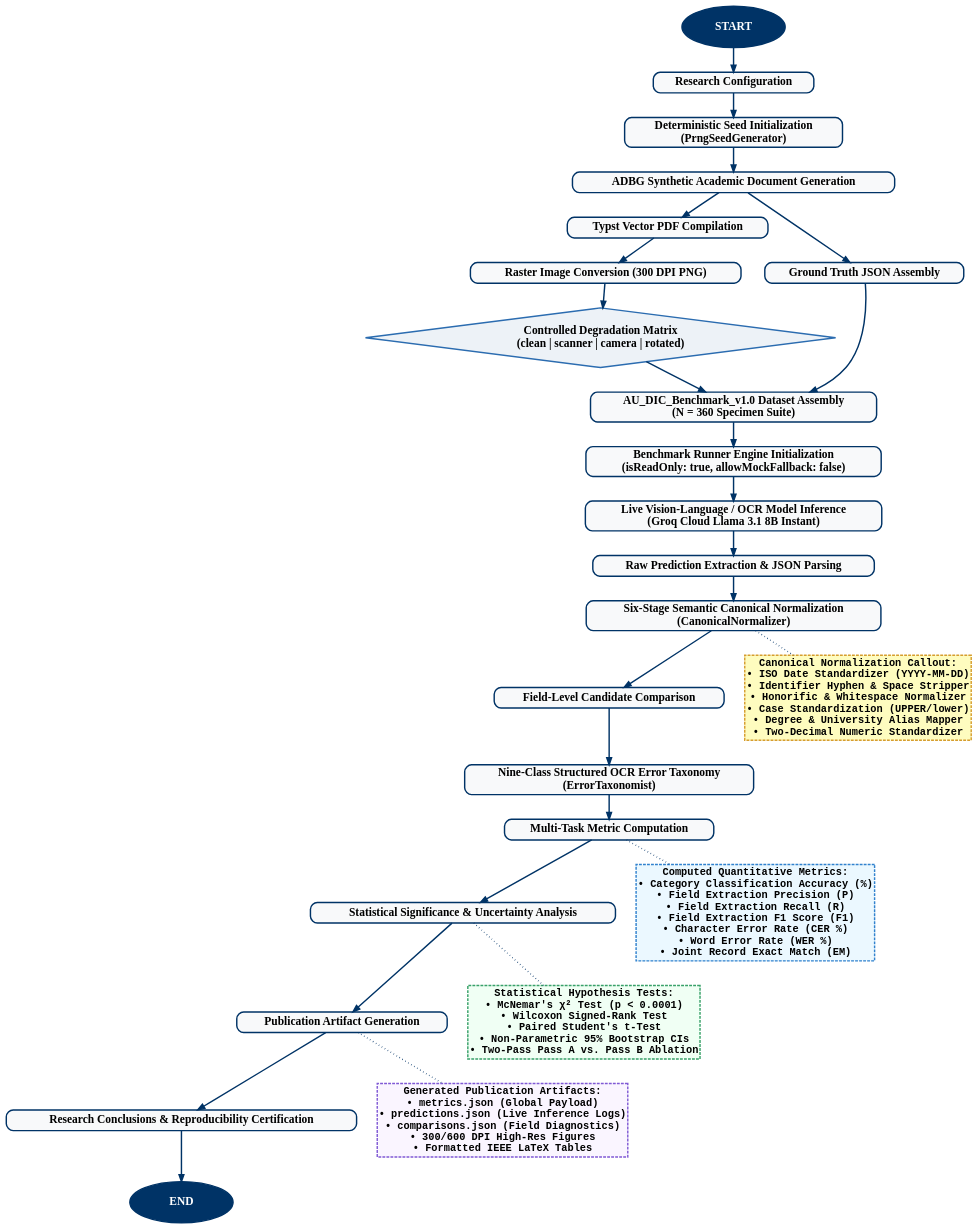
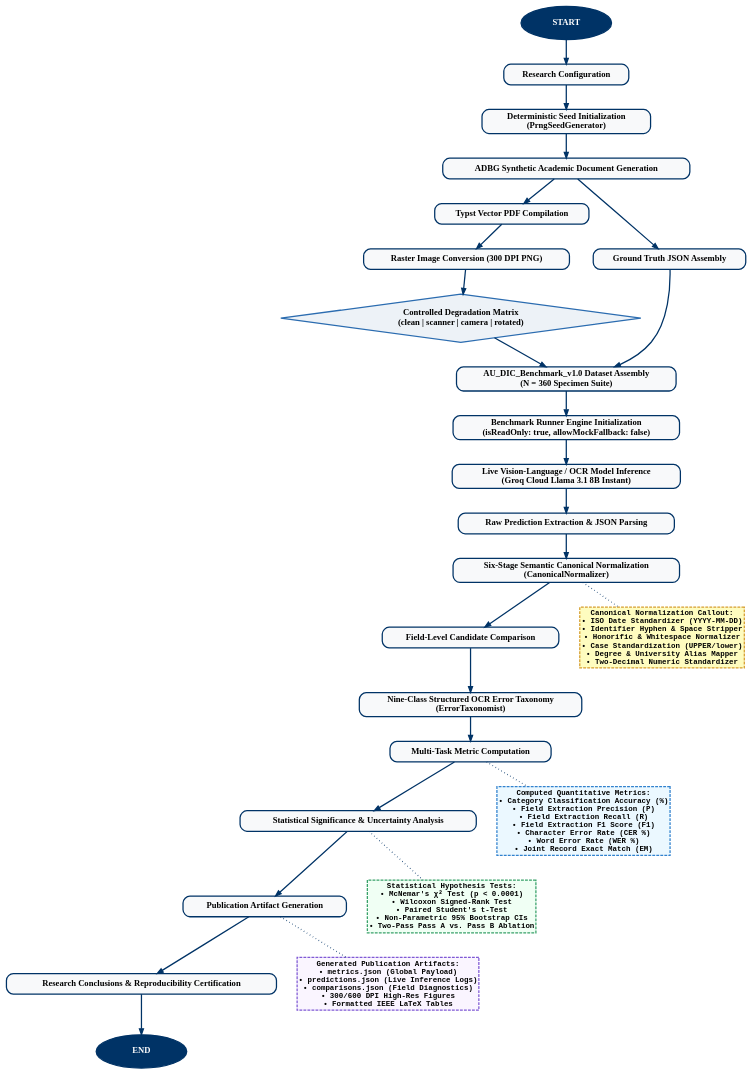
One commit to aashishrajput9838/academicuniverse changed the diagram in methodology_workflow.dot. Above: the diagram before and after it, drawn with Graphviz. The commit also changed 7 other files, not shown here.

First line of the commit message:
style(figure2): Fine-tune Figure 2 text sizes by reducing -5 points for proportional publication balance

```diff
--- a/methodology_workflow.dot
+++ b/methodology_workflow.dot
@@ -1,44 +1,44 @@
 digraph G {
-    graph [rankdir=TB, nodesep=0.5, ranksep=0.6, fontname="Times-Bold", fontsize=22, compound=true];
-    node [shape=box, style="rounded,filled", fillcolor="#F8F9FA", color="#003366", penwidth=2.5, fontname="Times-Bold", fontsize=20];
-    edge [color="#003366", penwidth=2.5, arrowsize=1.2];
+    graph [rankdir=TB, nodesep=0.5, ranksep=0.6, fontname="Times-Bold", fontsize=17, compound=true];
+    node [shape=box, style="rounded,filled", fillcolor="#F8F9FA", color="#003366", penwidth=2.2, fontname="Times-Bold", fontsize=15];
+    edge [color="#003366", penwidth=2.2, arrowsize=1.0];
 
-    start [label="START", shape=oval, fillcolor="#003366", fontcolor="#FFFFFF", style=filled, width=2.5, height=1.0];
-    end [label="END", shape=oval, fillcolor="#003366", fontcolor="#FFFFFF", style=filled, width=2.5, height=1.0];
+    start [label="START", shape=oval, fillcolor="#003366", fontcolor="#FFFFFF", style=filled, width=2.2, height=0.8];
+    end [label="END", shape=oval, fillcolor="#003366", fontcolor="#FFFFFF", style=filled, width=2.2, height=0.8];
 
     config [label="Research Configuration"];
     seed [label="Deterministic Seed Initialization\n(PrngSeedGenerator)"];
     adbg [label="ADBG Synthetic Academic Document Generation"];
     typst [label="Typst Vector PDF Compilation"];
     gt_json [label="Ground Truth JSON Assembly"];
     raster [label="Raster Image Conversion (300 DPI PNG)"];
     degradation [label="Controlled Degradation Matrix\n(clean | scanner | camera | rotated)", shape=diamond, style=filled, fillcolor="#EDF2F7", color="#2B6CB0"];
     dataset [label="AU_DIC_Benchmark_v1.0 Dataset Assembly\n(N = 360 Specimen Suite)"];
     runner [label="Benchmark Runner Engine Initialization\n(isReadOnly: true, allowMockFallback: false)"];
     inference [label="Live Vision-Language / OCR Model Inference\n(Groq Cloud Llama 3.1 8B Instant)"];
     prediction [label="Raw Prediction Extraction & JSON Parsing"];
     normalizer [label="Six-Stage Semantic Canonical Normalization\n(CanonicalNormalizer)"];
     comparator [label="Field-Level Candidate Comparison"];
     taxonomy [label="Nine-Class Structured OCR Error Taxonomy\n(ErrorTaxonomist)"];
     metrics [label="Multi-Task Metric Computation"];
     stats [label="Statistical Significance & Uncertainty Analysis"];
     artifacts [label="Publication Artifact Generation"];
     conclusions [label="Research Conclusions & Reproducibility Certification"];
 
-    norm_callout [label="Canonical Normalization Callout:\n• ISO Date Standardizer (YYYY-MM-DD)\n• Identifier Hyphen & Space Stripper\n• Honorific & Whitespace Normalizer\n• Case Standardization (UPPER/lower)\n• Degree & University Alias Mapper\n• Two-Decimal Numeric Standardizer", shape=box, style="dashed,filled", fillcolor="#FEFCBF", color="#D69E2E", fontname="Courier-Bold", fontsize=18];
-    metric_callout [label="Computed Quantitative Metrics:\n• Category Classification Accuracy (%)\n• Field Extraction Precision (P)\n• Field Extraction Recall (R)\n• Field Extraction F1 Score (F1)\n• Character Error Rate (CER %)\n• Word Error Rate (WER %)\n• Joint Record Exact Match (EM)", shape=box, style="dashed,filled", fillcolor="#EBF8FF", color="#3182CE", fontname="Courier-Bold", fontsize=18];
-    stats_callout [label="Statistical Hypothesis Tests:\n• McNemar's χ² Test (p < 0.0001)\n• Wilcoxon Signed-Rank Test\n• Paired Student's t-Test\n• Non-Parametric 95% Bootstrap CIs\n• Two-Pass Pass A vs. Pass B Ablation", shape=box, style="dashed,filled", fillcolor="#F0FFF4", color="#38A169", fontname="Courier-Bold", fontsize=18];
-    artifact_callout [label="Generated Publication Artifacts:\n• metrics.json (Global Payload)\n• predictions.json (Live Inference Logs)\n• comparisons.json (Field Diagnostics)\n• 300/600 DPI High-Res Figures\n• Formatted IEEE LaTeX Tables", shape=box, style="dashed,filled", fillcolor="#FAF5FF", color="#805AD5", fontname="Courier-Bold", fontsize=18];
+    norm_callout [label="Canonical Normalization Callout:\n• ISO Date Standardizer (YYYY-MM-DD)\n• Identifier Hyphen & Space Stripper\n• Honorific & Whitespace Normalizer\n• Case Standardization (UPPER/lower)\n• Degree & University Alias Mapper\n• Two-Decimal Numeric Standardizer", shape=box, style="dashed,filled", fillcolor="#FEFCBF", color="#D69E2E", fontname="Courier-Bold", fontsize=13];
+    metric_callout [label="Computed Quantitative Metrics:\n• Category Classification Accuracy (%)\n• Field Extraction Precision (P)\n• Field Extraction Recall (R)\n• Field Extraction F1 Score (F1)\n• Character Error Rate (CER %)\n• Word Error Rate (WER %)\n• Joint Record Exact Match (EM)", shape=box, style="dashed,filled", fillcolor="#EBF8FF", color="#3182CE", fontname="Courier-Bold", fontsize=13];
+    stats_callout [label="Statistical Hypothesis Tests:\n• McNemar's χ² Test (p < 0.0001)\n• Wilcoxon Signed-Rank Test\n• Paired Student's t-Test\n• Non-Parametric 95% Bootstrap CIs\n• Two-Pass Pass A vs. Pass B Ablation", shape=box, style="dashed,filled", fillcolor="#F0FFF4", color="#38A169", fontname="Courier-Bold", fontsize=13];
+    artifact_callout [label="Generated Publication Artifacts:\n• metrics.json (Global Payload)\n• predictions.json (Live Inference Logs)\n• comparisons.json (Field Diagnostics)\n• 300/600 DPI High-Res Figures\n• Formatted IEEE LaTeX Tables", shape=box, style="dashed,filled", fillcolor="#FAF5FF", color="#805AD5", fontname="Courier-Bold", fontsize=13];
 
     start -> config -> seed -> adbg;
     adbg -> typst;
     adbg -> gt_json;
     typst -> raster -> degradation;
     gt_json -> dataset;
     degradation -> dataset -> runner -> inference -> prediction -> normalizer -> comparator -> taxonomy -> metrics -> stats -> artifacts -> conclusions -> end;
 
     normalizer -> norm_callout [style=dotted, arrowhead=none];
     metrics -> metric_callout [style=dotted, arrowhead=none];
     stats -> stats_callout [style=dotted, arrowhead=none];
     artifacts -> artifact_callout [style=dotted, arrowhead=none];
 }
```
